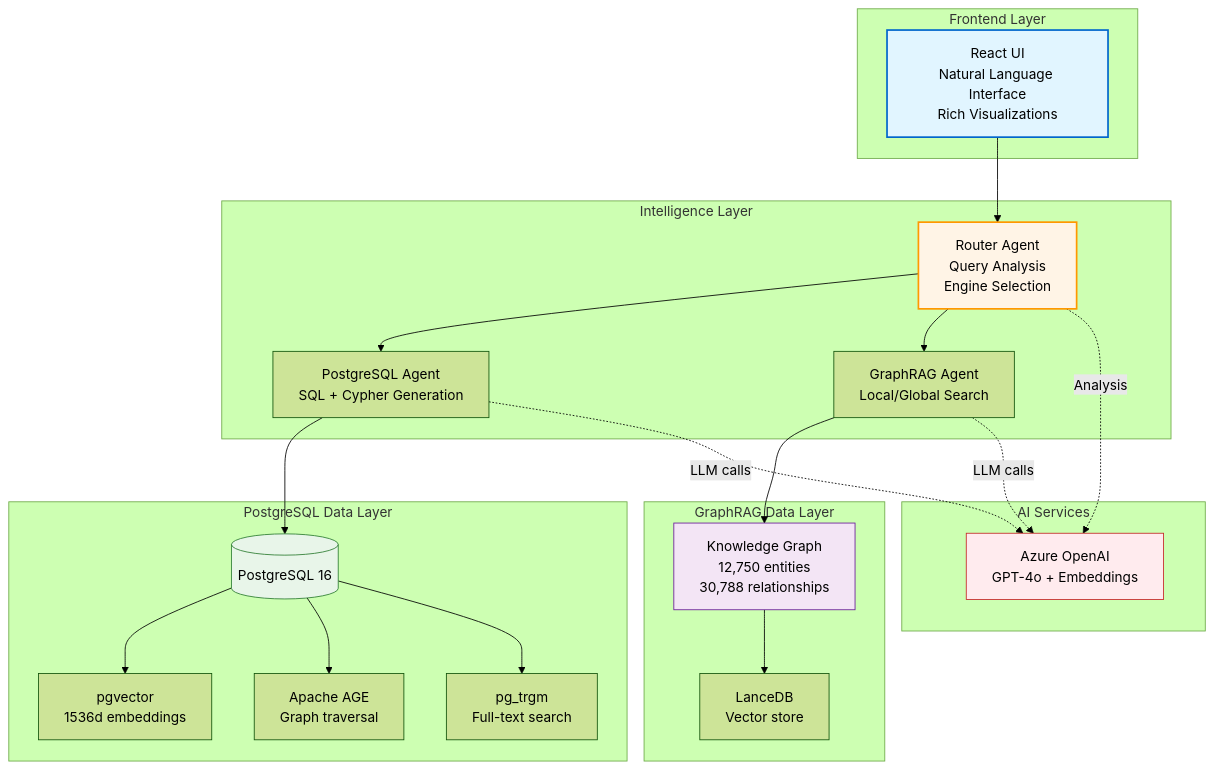
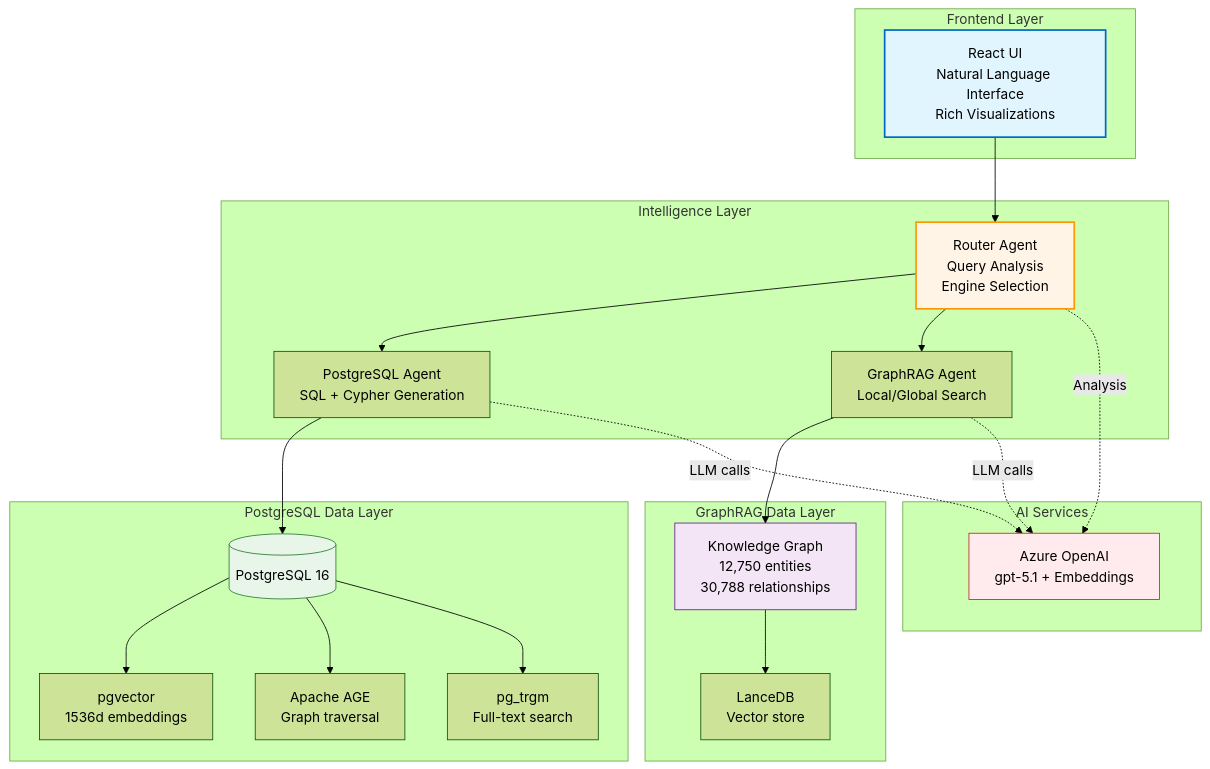
Before and after one commit to james-tn/graph: the fifth of 6 diagrams in README.md, drawn with Mermaid (forest theme). The commit also changed other lines of this file and 1 other file, not shown here.

Commit message:
update gpt version

````diff
--- a/README.md
+++ b/README.md
@@ -267,50 +267,50 @@
 ```mermaid
 graph TB
     subgraph "Frontend Layer"
         UI["React UI<br/>Natural Language Interface<br/>Rich Visualizations"]
     end
     
     subgraph "Intelligence Layer"
         Router["Router Agent<br/>Query Analysis<br/>Engine Selection"]
         PG_Agent["PostgreSQL Agent<br/>SQL + Cypher Generation"]
         GR_Agent["GraphRAG Agent<br/>Local/Global Search"]
     end
     
     subgraph "PostgreSQL Data Layer"
         PG_DB[("PostgreSQL 16")]
         PG_Vec["pgvector<br/>1536d embeddings"]
         PG_AGE["Apache AGE<br/>Graph traversal"]
         PG_FTS["pg_trgm<br/>Full-text search"]
     end
     
     subgraph "GraphRAG Data Layer"
         GR_Data["Knowledge Graph<br/>12,750 entities<br/>30,788 relationships"]
         GR_Vec["LanceDB<br/>Vector store"]
     end
     
     subgraph "AI Services"
-        Azure["Azure OpenAI<br/>GPT-4o + Embeddings"]
+        Azure["Azure OpenAI<br/>gpt-5.1 + Embeddings"]
     end
     
     UI --> Router
     Router --> PG_Agent
     Router --> GR_Agent
     
     PG_Agent --> PG_DB
     PG_DB --> PG_Vec
     PG_DB --> PG_AGE
     PG_DB --> PG_FTS
     
     GR_Agent --> GR_Data
     GR_Data --> GR_Vec
     
     PG_Agent -.->|LLM calls| Azure
     GR_Agent -.->|LLM calls| Azure
     Router -.->|Analysis| Azure
     
     style UI fill:#e1f5ff,stroke:#0066cc,stroke-width:2px
     style Router fill:#fff4e6,stroke:#ff9800,stroke-width:2px
     style PG_DB fill:#e8f5e9,stroke:#2e7d32
     style GR_Data fill:#f3e5f5,stroke:#6a1b9a
     style Azure fill:#ffebee,stroke:#c62828
 ```
````
